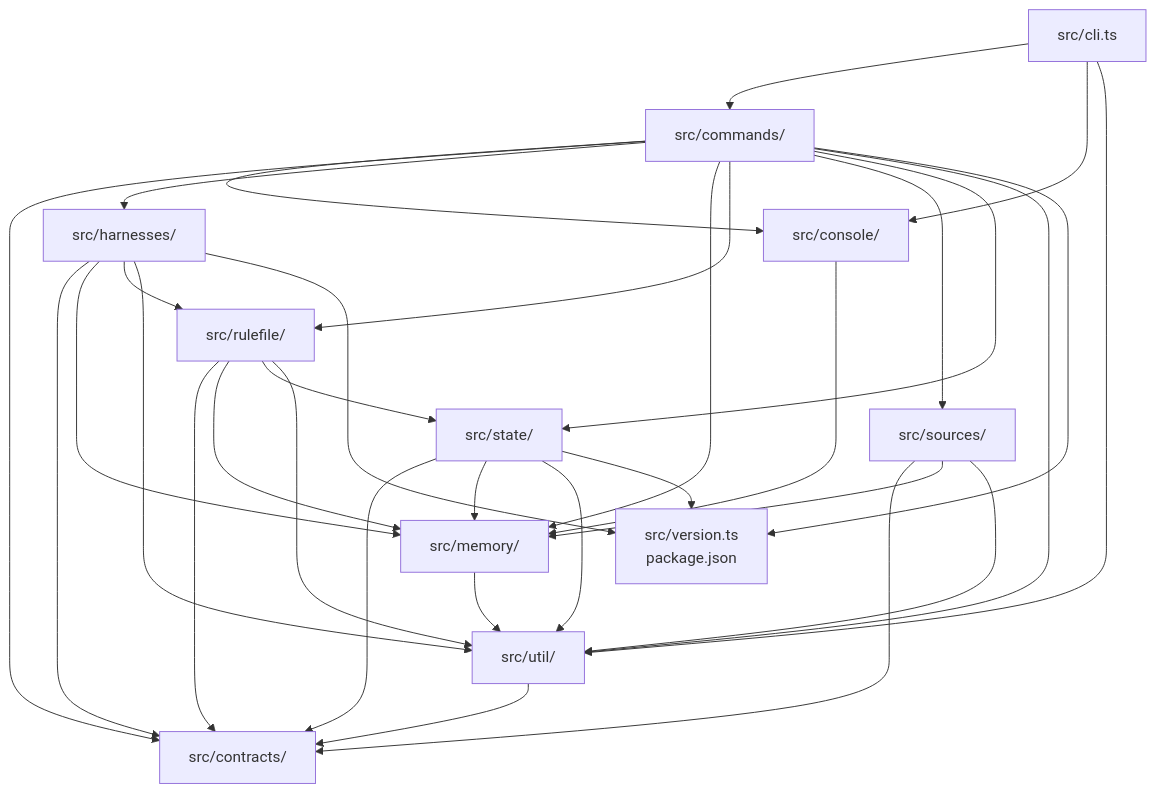
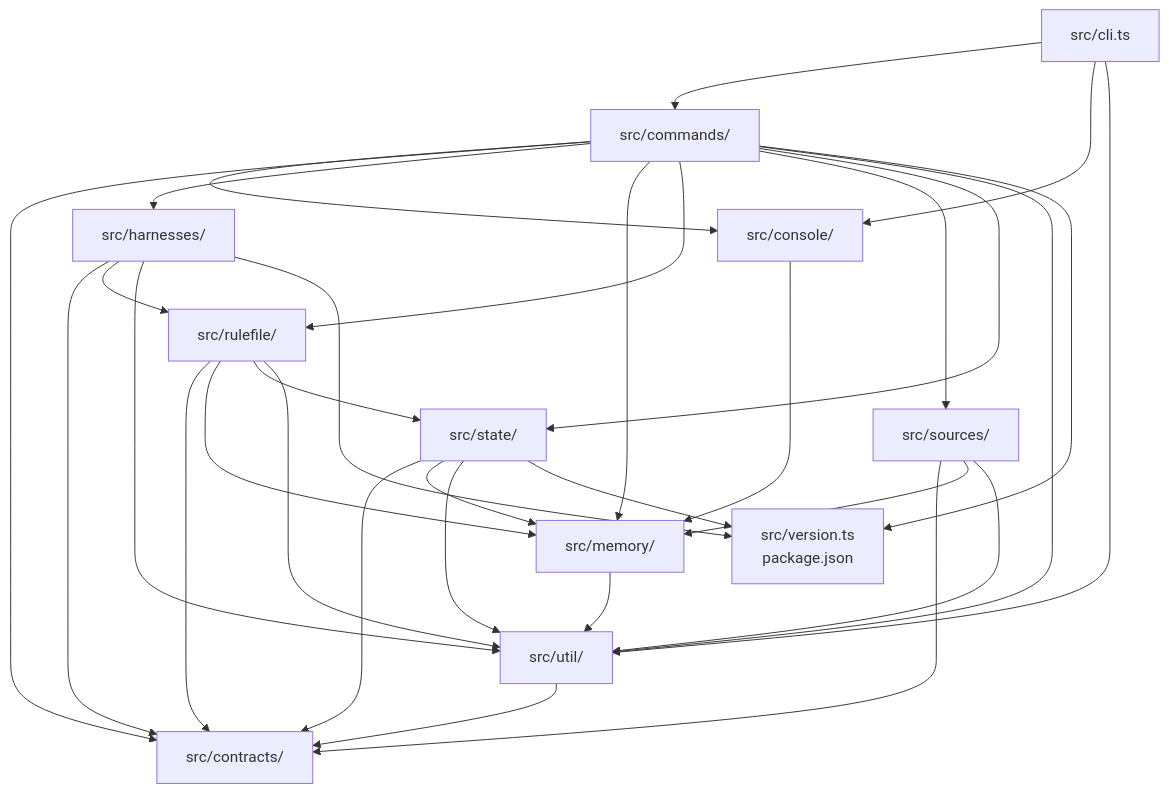
Before and after one commit to Vivswan/maxims: diagram 15 of 15 in docs/architecture.md, drawn with Mermaid. The commit also changed 30 other files, not shown here.

````diff
--- a/docs/architecture.md
+++ b/docs/architecture.md
@@ -561,45 +561,44 @@
 ```mermaid
 graph TD
   cli["src/cli.ts"]
   commands["src/commands/"]
   console["src/console/"]
   harnesses["src/harnesses/"]
   rulefile["src/rulefile/"]
   sources["src/sources/"]
   state["src/state/"]
   contracts["src/contracts/"]
   memory["src/memory/"]
   util["src/util/"]
   version["src/version.ts<br>package.json"]
   cli --> commands
   cli --> console
   cli --> util
   commands --> console
   commands --> contracts
   commands --> harnesses
   commands --> memory
   commands --> rulefile
   commands --> sources
   commands --> state
   commands --> util
   commands --> version
   console --> memory
   harnesses --> contracts
-  harnesses --> memory
   harnesses --> rulefile
   harnesses --> util
   harnesses --> version
   rulefile --> contracts
   rulefile --> memory
   rulefile --> state
   rulefile --> util
   sources --> contracts
   sources --> memory
   sources --> util
   state --> contracts
   state --> memory
   state --> util
   state --> version
   memory --> util
   util --> contracts
 ```
````
